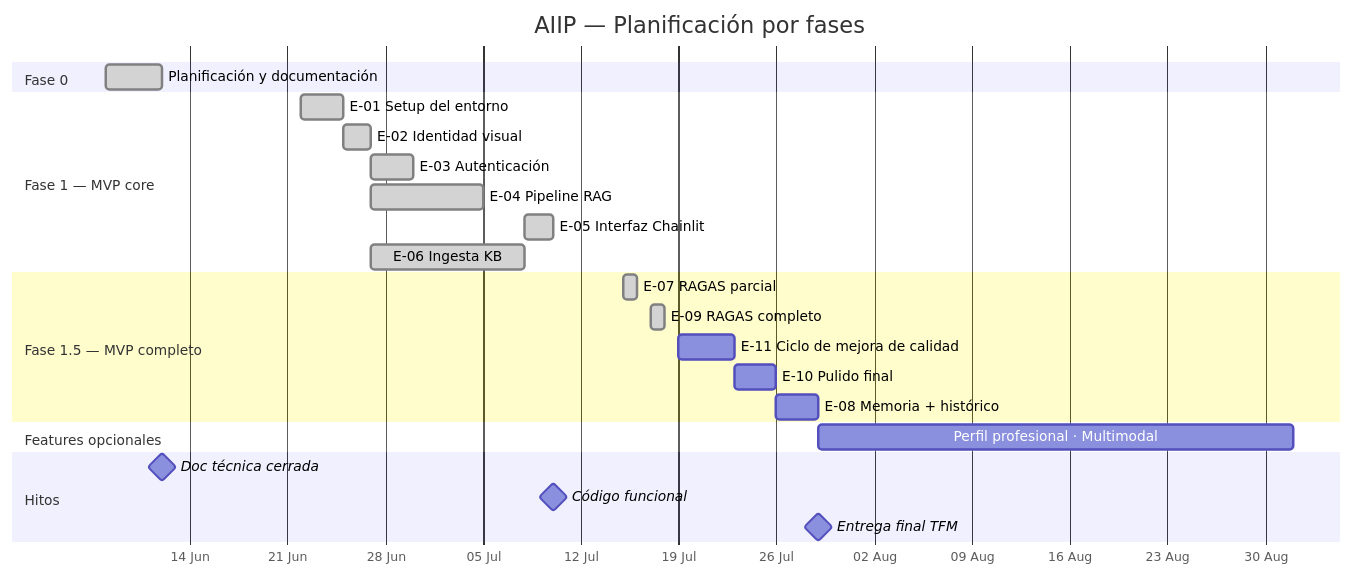
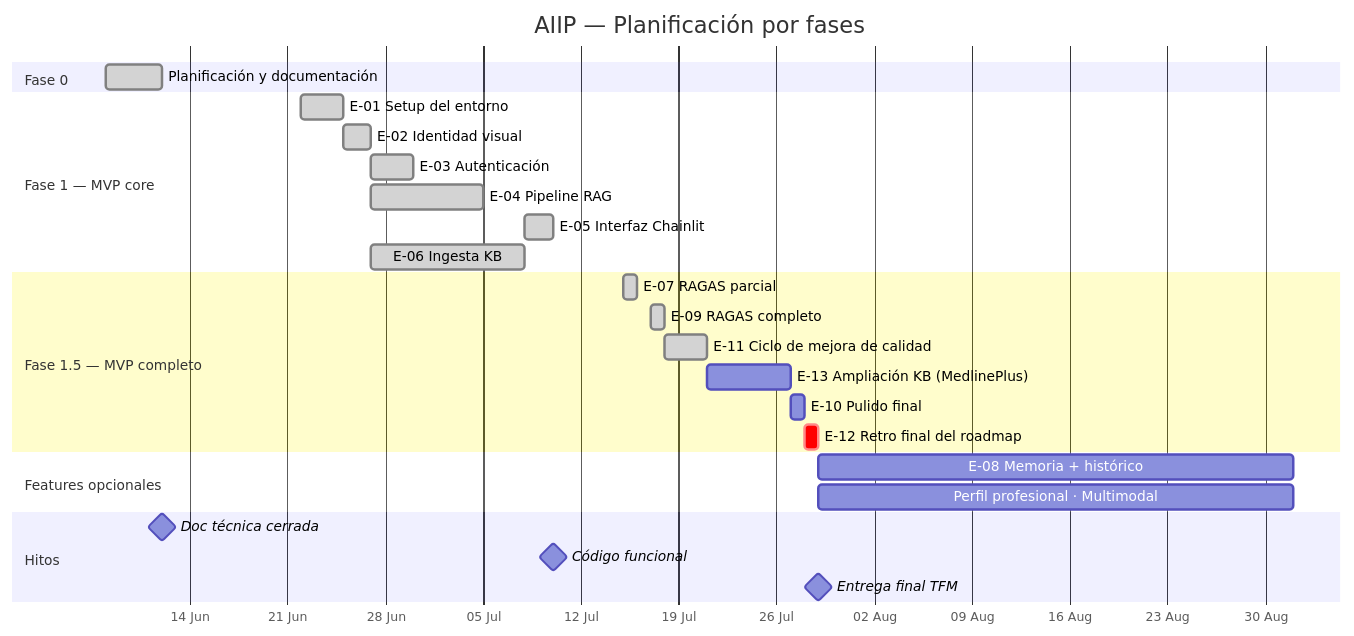
One commit to mimpho/aiip changed the diagram in README.md. Above: the diagram before and after it, drawn with Mermaid. The commit also changed other lines of this file and 54 other files, not shown here.

````diff
--- a/README.md
+++ b/README.md
@@ -66,32 +68,34 @@
 ```mermaid
 gantt
     title AIIP — Planificación por fases
     dateFormat  YYYY-MM-DD
     axisFormat  %d %b
 
     section Fase 0
     Planificación y documentación     :done,    f0, 2026-06-08, 2026-06-12
 
     section Fase 1 — MVP core
     E-01 Setup del entorno            :done,    e01, 2026-06-22, 2026-06-25
     E-02 Identidad visual             :done,    e02, 2026-06-25, 2026-06-27
     E-03 Autenticación                :done,    e03, 2026-06-27, 2026-06-30
     E-04 Pipeline RAG                 :done,    e04, 2026-06-27, 2026-07-05
     E-05 Interfaz Chainlit            :done,    e05, 2026-07-08, 2026-07-10
     E-06 Ingesta KB                   :done,    e06, 2026-06-27, 2026-07-08
 
     section Fase 1.5 — MVP completo
     E-07 RAGAS parcial                :done,    e07, 2026-07-15, 2026-07-16
     E-09 RAGAS completo                :done,    e09, 2026-07-17, 2026-07-18
-    E-11 Ciclo de mejora de calidad   :         e11, 2026-07-19, 2026-07-23
-    E-10 Pulido final                 :         e10, 2026-07-23, 2026-07-26
-    E-08 Memoria + histórico          :         e08, 2026-07-26, 2026-07-29
+    E-11 Ciclo de mejora de calidad   :done,    e11, 2026-07-18, 2026-07-21
+    E-13 Ampliación KB (MedlinePlus)  :         e13, 2026-07-21, 2026-07-27
+    E-10 Pulido final                 :         e10, 2026-07-27, 2026-07-28
+    E-12 Retro final del roadmap      :crit,    e12, 2026-07-28, 2026-07-29
 
     section Features opcionales
+    E-08 Memoria + histórico          :         e08, 2026-07-29, 2026-09-01
     Perfil profesional · Multimodal   :         fo, 2026-07-29, 2026-09-01
 
     section Hitos
     Doc técnica cerrada               :milestone, 2026-06-12, 0d
     Código funcional                  :milestone, 2026-07-10, 0d
     Entrega final TFM                 :milestone, 2026-07-29, 0d
 ```
````
